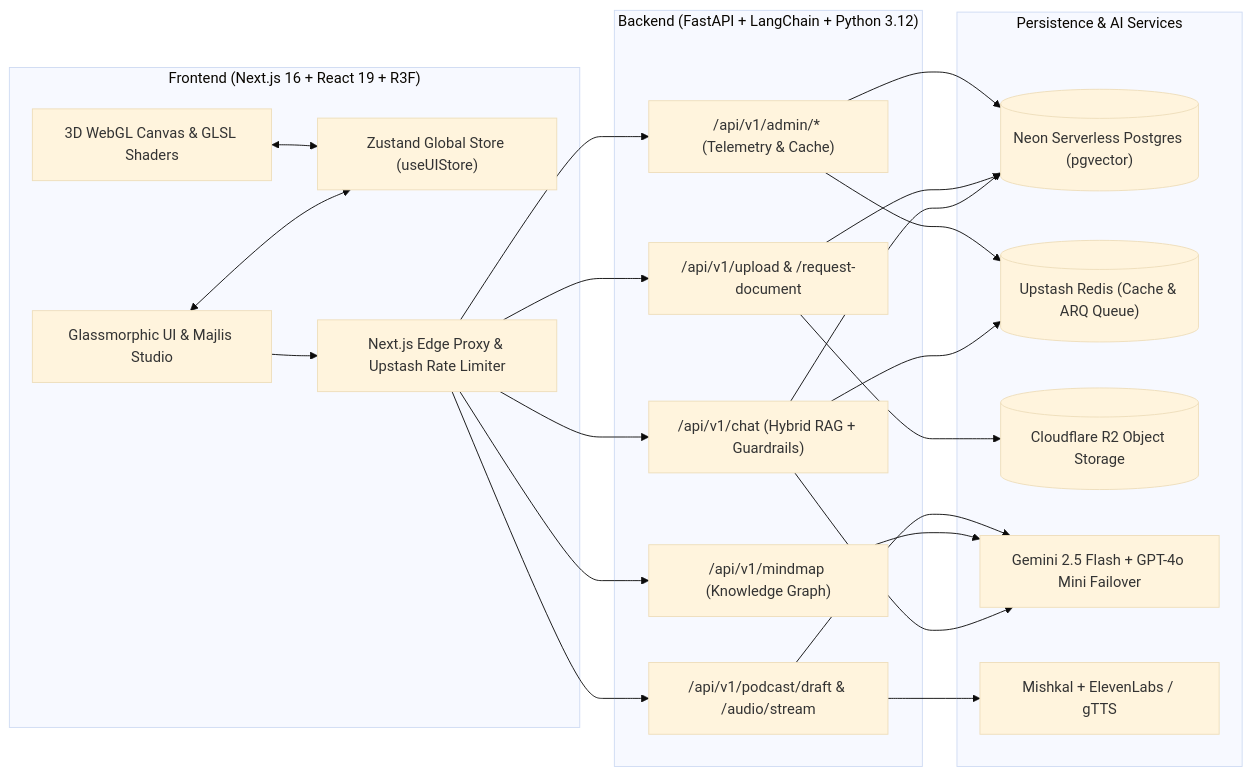
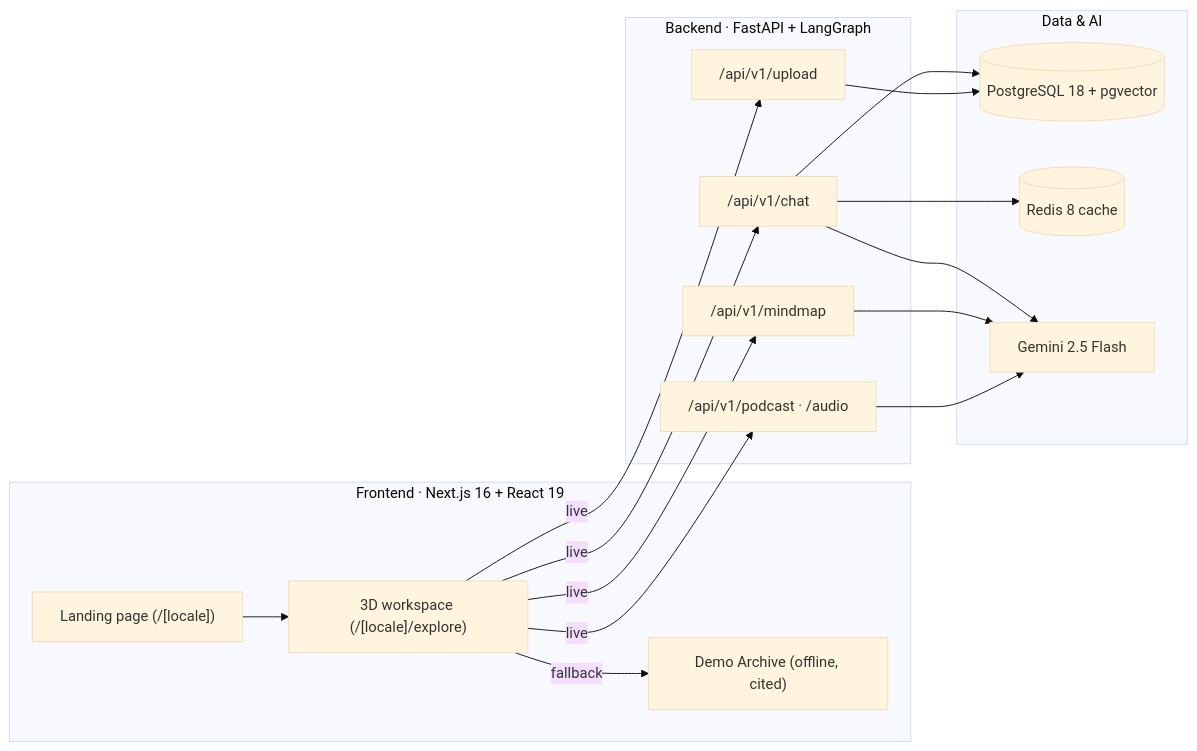
One commit to D0nG4667/Al-Rawi changed the diagram in README.md. Above: the diagram before and after it, drawn with Mermaid (base theme). The commit also changed other lines of this file and 3 other files, not shown here.

````diff
--- a/README.md
+++ b/README.md
@@ -9,35 +74,26 @@
 ```mermaid
 flowchart LR
-    subgraph Frontend["Frontend (Next.js 16 + React 19 + R3F)"]
-        UI["Glassmorphic UI & Majlis Studio"]
-        Canvas["3D WebGL Canvas & GLSL Shaders"]
-        Store["Zustand Global Store (useUIStore)"]
-        Proxy["Next.js Edge Proxy & Upstash Rate Limiter"]
+    subgraph Frontend["Frontend · Next.js 16 + React 19"]
+        Landing["Landing page (/[locale])"]
+        Explore["3D workspace (/[locale]/explore)"]
+        Demo["Demo Archive (offline, cited)"]
     end
-
-    subgraph Backend["Backend (FastAPI + LangChain + Python 3.12)"]
-        Chat["/api/v1/chat (Hybrid RAG + Guardrails)"]
-        Docs["/api/v1/upload & /request-document"]
-        MindMap["/api/v1/mindmap (Knowledge Graph)"]
-        Podcast["/api/v1/podcast/draft & /audio/stream"]
-        Admin["/api/v1/admin/* (Telemetry & Cache)"]
+    subgraph Backend["Backend · FastAPI + LangGraph"]
+        Chat["/api/v1/chat"]
+        Ingest["/api/v1/upload"]
+        Graph["/api/v1/mindmap"]
+        Majlis["/api/v1/podcast · /audio"]
     end
-
-    subgraph Data["Persistence & AI Services"]
-        Neon[("Neon Serverless Postgres (pgvector)")]
-        Redis[("Upstash Redis (Cache & ARQ Queue)")]
-        R2[("Cloudflare R2 Object Storage")]
-        LLM["Gemini 2.5 Flash + GPT-4o Mini Failover"]
-        TTS["Mishkal + ElevenLabs / gTTS"]
+    subgraph Data["Data & AI"]
+        PG[("PostgreSQL 18 + pgvector")]
+        Redis[("Redis 8 cache")]
+        LLM["Gemini 2.5 Flash"]
     end
-
-    UI <--> Store
-    Canvas <--> Store
-    UI --> Proxy
-    Proxy --> Chat & Docs & MindMap & Podcast & Admin
-    Chat --> Neon & Redis & LLM
-    Docs --> Neon & R2
-    MindMap --> LLM
-    Podcast --> LLM & TTS
-    Admin --> Neon & Redis
+    Landing --> Explore
+    Explore -->|live| Chat & Ingest & Graph & Majlis
+    Explore -->|fallback| Demo
+    Chat --> PG & Redis & LLM
+    Ingest --> PG
+    Graph --> LLM
+    Majlis --> LLM
 ```
````
